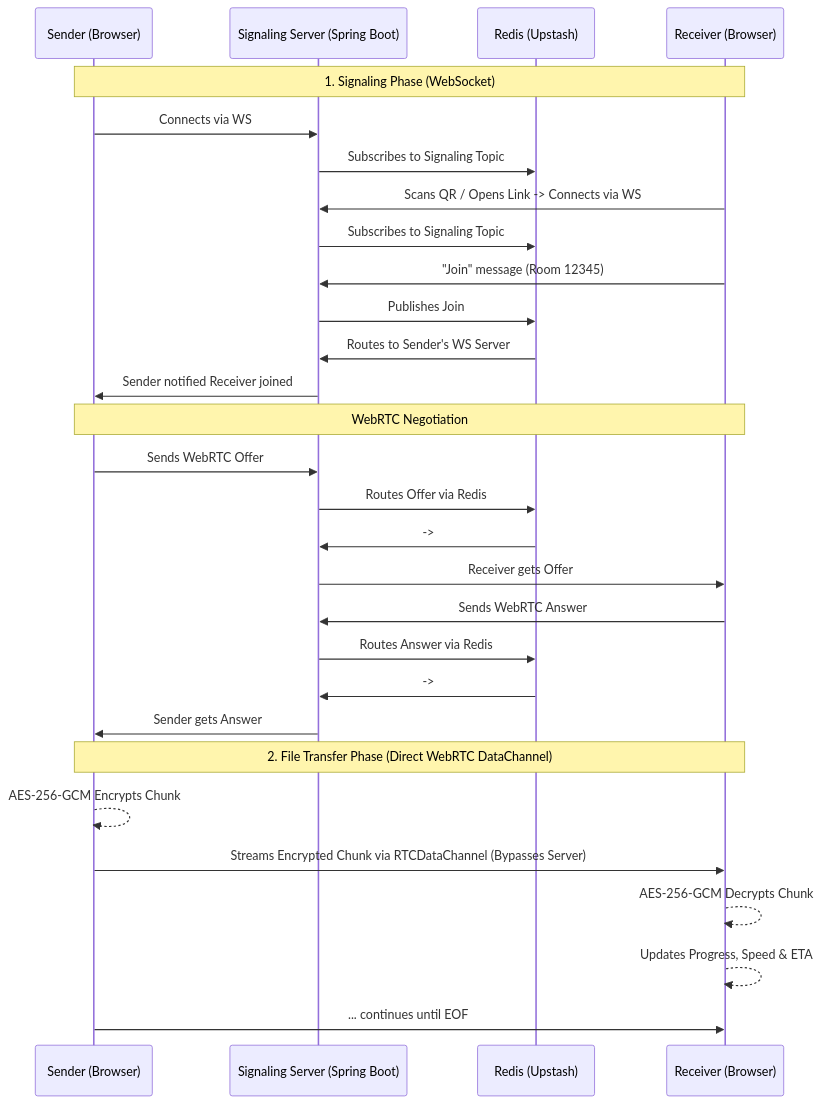
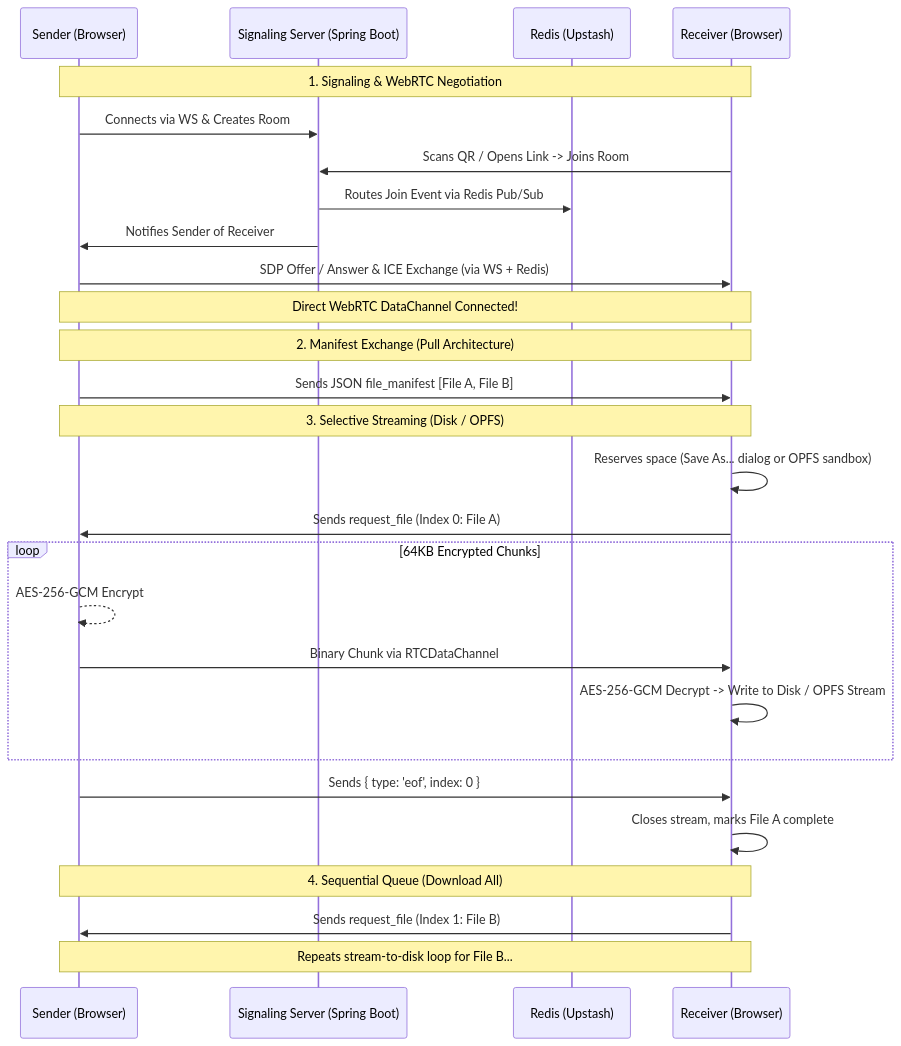
The diagram in README.md (Utkarsh-Awasthi08/PeerLink), drawn with Mermaid before and after one commit. The commit also changed other lines of this file, not shown here.

Commit message:
docs: update README with multi-file upload, pull architecture, File System Access API, and OPFS

````diff
--- a/README.md
+++ b/README.md
@@ -28,35 +60,33 @@
 ```mermaid
 sequenceDiagram
     participant S as Sender (Browser)
     participant B as Signaling Server (Spring Boot)
     participant R as Redis (Upstash)
     participant C as Receiver (Browser)
 
-    Note over S,C: 1. Signaling Phase (WebSocket)
-    S->>B: Connects via WS
-    B->>R: Subscribes to Signaling Topic
-    C->>B: Scans QR / Opens Link -> Connects via WS
-    B->>R: Subscribes to Signaling Topic
+    Note over S,C: 1. Signaling & WebRTC Negotiation
+    S->>B: Connects via WS & Creates Room
+    C->>B: Scans QR / Opens Link -> Joins Room
+    B->>R: Routes Join Event via Redis Pub/Sub
+    B->>S: Notifies Sender of Receiver
+    S->>C: SDP Offer / Answer & ICE Exchange (via WS + Redis)
+    Note over S,C: Direct WebRTC DataChannel Connected!
+
+    Note over S,C: 2. Manifest Exchange (Pull Architecture)
+    S->>C: Sends JSON file_manifest [File A, File B]
     
-    C->>B: "Join" message (Room 12345)
-    B->>R: Publishes Join
-    R->>B: Routes to Sender's WS Server
-    B->>S: Sender notified Receiver joined
+    Note over S,C: 3. Selective Streaming (Disk / OPFS)
+    C->>C: Reserves space (Save As... dialog or OPFS sandbox)
+    C->>S: Sends request_file (Index 0: File A)
+    loop 64KB Encrypted Chunks
+        S-->>S: AES-256-GCM Encrypt
+        S->>C: Binary Chunk via RTCDataChannel
+        C->>C: AES-256-GCM Decrypt -> Write to Disk / OPFS Stream
+    end
+    S->>C: Sends { type: 'eof', index: 0 }
+    C->>C: Closes stream, marks File A complete
 
-    Note over S,C: WebRTC Negotiation
-    S->>B: Sends WebRTC Offer
-    B->>R: Routes Offer via Redis
-    R->>B: ->
-    B->>C: Receiver gets Offer
-    C->>B: Sends WebRTC Answer
-    B->>R: Routes Answer via Redis
-    R->>B: ->
-    B->>S: Sender gets Answer
-
-    Note over S,C: 2. File Transfer Phase (Direct WebRTC DataChannel)
-    S-->>S: AES-256-GCM Encrypts Chunk
-    S->>C: Streams Encrypted Chunk via RTCDataChannel (Bypasses Server)
-    C-->>C: AES-256-GCM Decrypts Chunk
-    C-->>C: Updates Progress, Speed & ETA
-    S->>C: ... continues until EOF
+    Note over S,C: 4. Sequential Queue (Download All)
+    C->>S: Sends request_file (Index 1: File B)
+    Note over S,C: Repeats stream-to-disk loop for File B...
 ```
````
